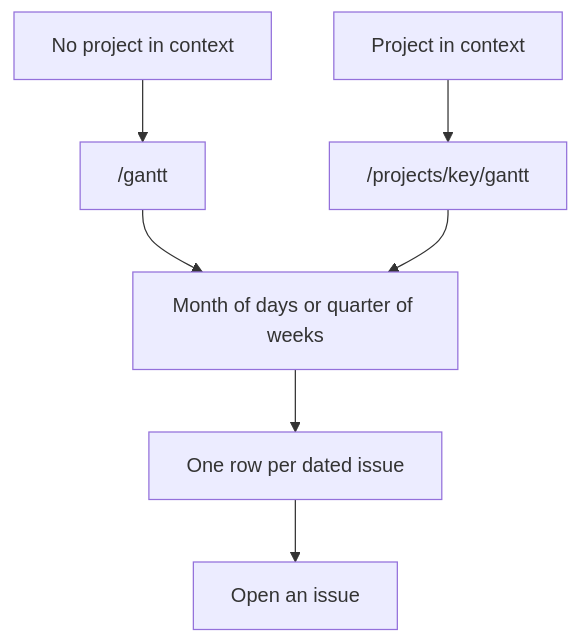
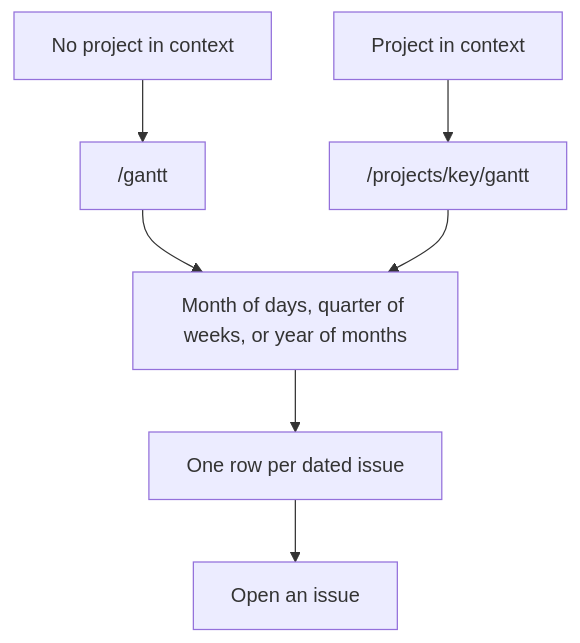
The first of 2 diagrams in docs/adr/gantt-chart.md (Mathotics/Keel), drawn with Mermaid before and after one commit. The commit also changed other lines of this file and 13 other files, not shown here.

Commit message:
KEEL-14 Added a year scale so dated work can be compared across twelve months without leaving the Gantt chart.

````diff
--- a/docs/adr/gantt-chart.md
+++ b/docs/adr/gantt-chart.md
@@ -97,12 +101,12 @@
 ```mermaid
 flowchart TD
   outside[No project in context]
   inside[Project in context]
   master["/gantt"]
   project["/projects/key/gantt"]
-  scale[Month of days or quarter of weeks]
+  scale[Month of days, quarter of weeks, or year of months]
   row[One row per dated issue]
   issue[Open an issue]
   outside --> master --> scale --> row --> issue
   inside --> project --> scale
 ```
````
